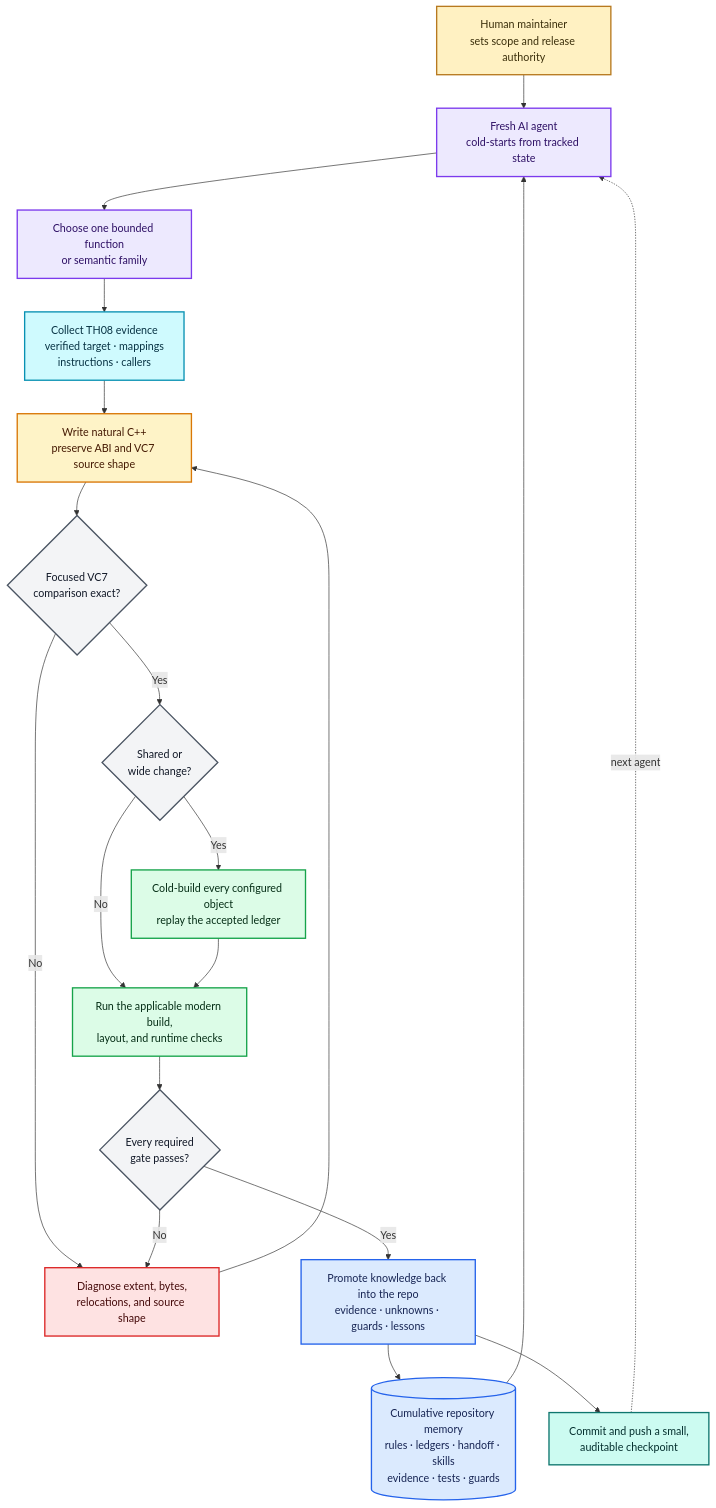
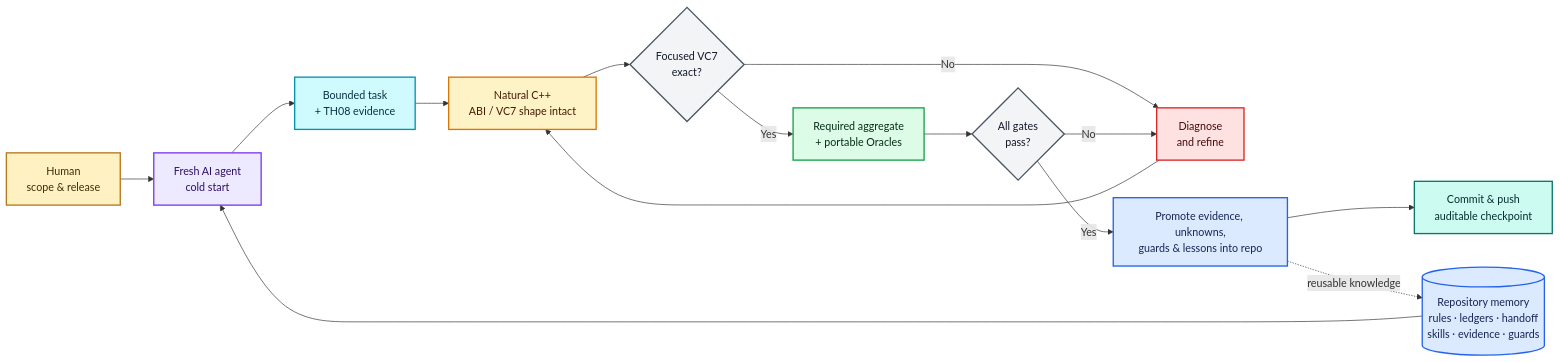
Before and after one commit to koishikois259/th08-multi: the diagram in README.md, drawn with Mermaid.

Commit message:
docs: compact the agent workflow diagram

````diff
--- a/README.md
+++ b/README.md
@@ -46,36 +46,25 @@
 ```mermaid
-flowchart TD
-    H["Human maintainer<br/>sets scope and release authority"]:::human
-    K[("Cumulative repository memory<br/>rules · ledgers · handoff · skills<br/>evidence · tests · guards")]:::memory
-    A["Fresh AI agent<br/>cold-starts from tracked state"]:::agent
-
-    H --> A
-    K --> A
-    A --> B["Choose one bounded function<br/>or semantic family"]:::agent
-    B --> E["Collect TH08 evidence<br/>verified target · mappings<br/>instructions · callers"]:::evidence
-    E --> I["Write natural C++<br/>preserve ABI and VC7 source shape"]:::work
-    I --> F{"Focused VC7<br/>comparison exact?"}:::gate
-
-    F -->|No| D["Diagnose extent, bytes,<br/>relocations, and source shape"]:::reject
-    D --> I
-    F -->|Yes| W{"Shared or<br/>wide change?"}:::gate
-    W -->|Yes| C["Cold-build every configured object<br/>replay the accepted ledger"]:::oracle
-    W -->|No| P["Run the applicable modern build,<br/>layout, and runtime checks"]:::oracle
-    C --> P
-    P --> G{"Every required<br/>gate passes?"}:::gate
+flowchart LR
+    H["Human<br/>scope & release"]:::human --> A["Fresh AI agent<br/>cold start"]:::agent
+    K[("Repository memory<br/>rules · ledgers · handoff<br/>skills · evidence · guards")]:::memory --> A
+    A --> E["Bounded task<br/>+ TH08 evidence"]:::evidence
+    E --> I["Natural C++<br/>ABI / VC7 shape intact"]:::work
+    I --> F{"Focused VC7<br/>exact?"}:::gate
+    F -->|No| D["Diagnose<br/>and refine"]:::reject --> I
+    F -->|Yes| O["Required aggregate<br/>+ portable Oracles"]:::oracle
+    O --> G{"All gates<br/>pass?"}:::gate
     G -->|No| D
-    G -->|Yes| R["Promote knowledge back into the repo<br/>evidence · unknowns · guards · lessons"]:::memory
-    R --> K
-    R --> Q["Commit and push a small,<br/>auditable checkpoint"]:::done
-    Q -.->|next agent| A
+    G -->|Yes| R["Promote evidence, unknowns,<br/>guards & lessons into repo"]:::memory
+    R --> Q["Commit & push<br/>auditable checkpoint"]:::done
+    R -.->|reusable knowledge| K
 
     classDef human fill:#fff1c2,stroke:#b7791f,color:#3b2f0b,stroke-width:2px;
     classDef agent fill:#ede9fe,stroke:#7c3aed,color:#2e1065,stroke-width:2px;
     classDef memory fill:#dbeafe,stroke:#2563eb,color:#172554,stroke-width:2px;
     classDef evidence fill:#cffafe,stroke:#0891b2,color:#083344,stroke-width:2px;
     classDef work fill:#fef3c7,stroke:#d97706,color:#451a03,stroke-width:2px;
     classDef oracle fill:#dcfce7,stroke:#16a34a,color:#052e16,stroke-width:2px;
     classDef gate fill:#f3f4f6,stroke:#4b5563,color:#111827,stroke-width:2px;
     classDef reject fill:#fee2e2,stroke:#dc2626,color:#450a0a,stroke-width:2px;
     classDef done fill:#ccfbf1,stroke:#0f766e,color:#042f2e,stroke-width:2px;
 ```
````
